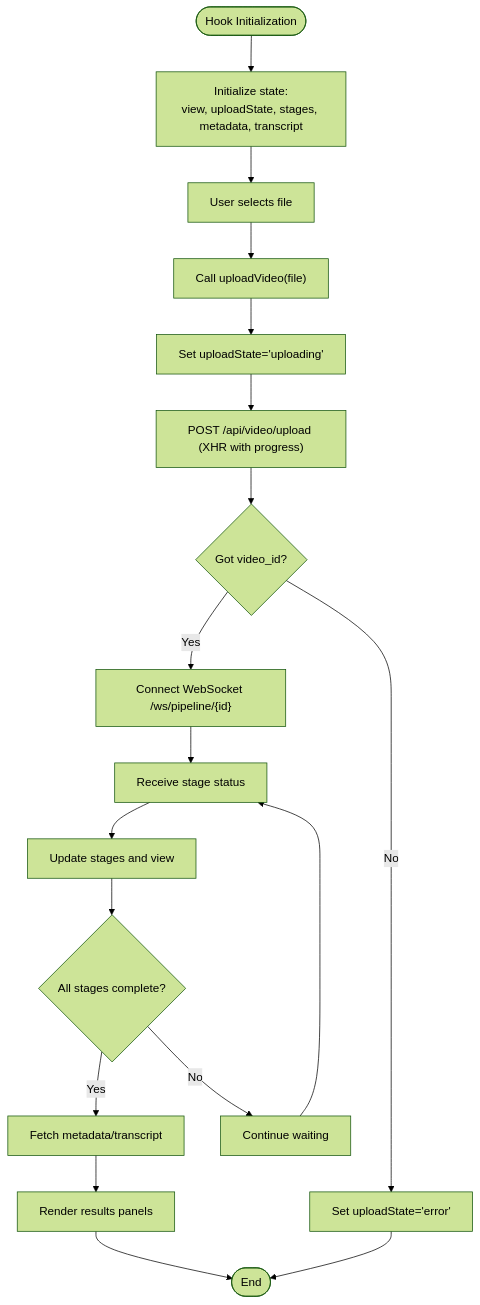
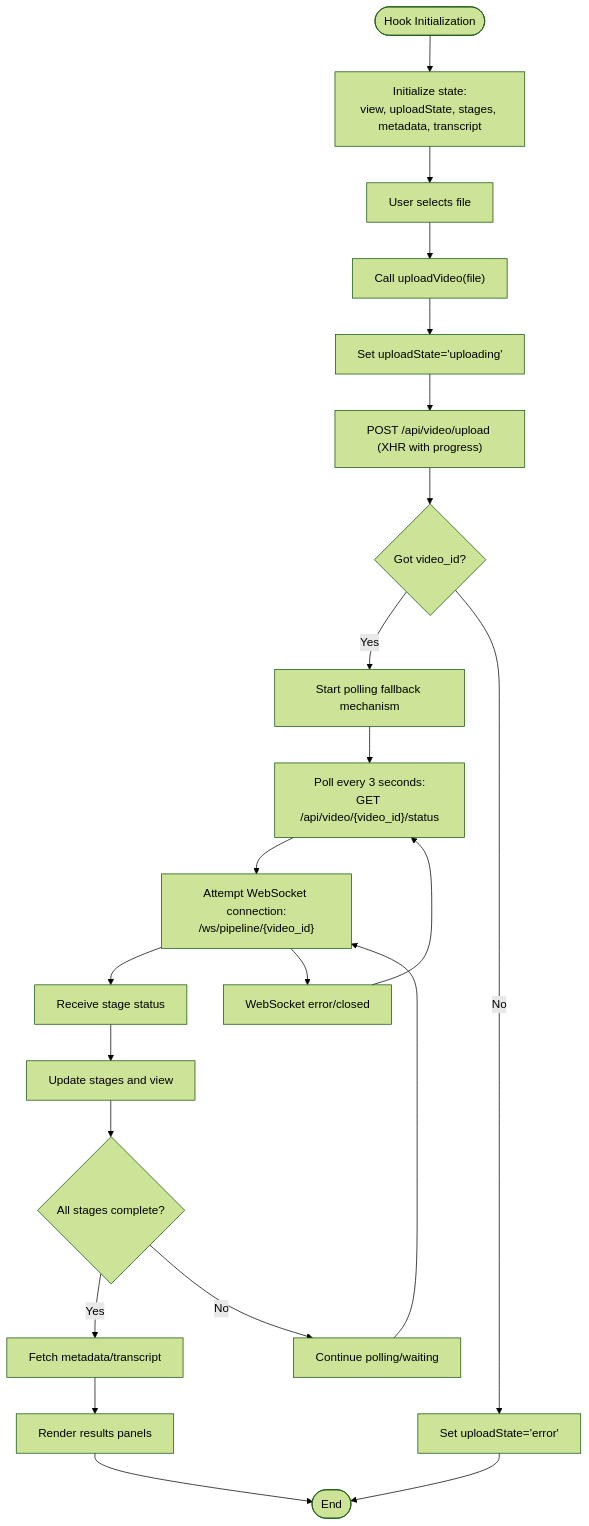
Before and after one commit to alexandreybasta-cyber/dubai-media-ai: the eighth of 10 diagrams in .qoder/repowiki/en/content/Frontend Application/Frontend Application.md, drawn with Mermaid (forest theme). The commit also changed other lines of this file and 20 other files, not shown here.

````diff
--- a/.qoder/repowiki/en/content/Frontend Application/Frontend Application.md
+++ b/.qoder/repowiki/en/content/Frontend Application/Frontend Application.md
@@ -424,20 +463,24 @@
 ```mermaid
 flowchart TD
 Start(["Hook Initialization"]) --> Init["Initialize state:<br/>view, uploadState, stages, metadata, transcript"]
 Init --> Upload["User selects file"]
 Upload --> CallUpload["Call uploadVideo(file)"]
 CallUpload --> SetIdle["Set uploadState='uploading'"]
 SetIdle --> PostUpload["POST /api/video/upload (XHR with progress)"]
 PostUpload --> GotId{"Got video_id?"}
-GotId --> |Yes| ConnectWS["Connect WebSocket /ws/pipeline/{id}"]
+GotId --> |Yes| StartPolling["Start polling fallback mechanism"]
 GotId --> |No| HandleErr["Set uploadState='error'"]
-ConnectWS --> WSMsg["Receive stage status"]
+StartPolling --> PollLoop["Poll every 3 seconds:<br/>GET /api/video/{video_id}/status"]
+PollLoop --> WSConn["Attempt WebSocket connection:<br/>/ws/pipeline/{video_id}"]
+WSConn --> WSMsg["Receive stage status"]
 WSMsg --> UpdateStages["Update stages and view"]
+WSConn --> WSError["WebSocket error/closed"]
+WSError --> PollLoop
 UpdateStages --> Done{"All stages complete?"}
 Done --> |Yes| FetchData["Fetch metadata/transcript"]
-Done --> |No| Wait["Continue waiting"]
+Done --> |No| Wait["Continue polling/waiting"]
 FetchData --> Render["Render results panels"]
 HandleErr --> End(["End"])
 Render --> End
-Wait --> WSMsg
+Wait --> WSConn
 ```
````
